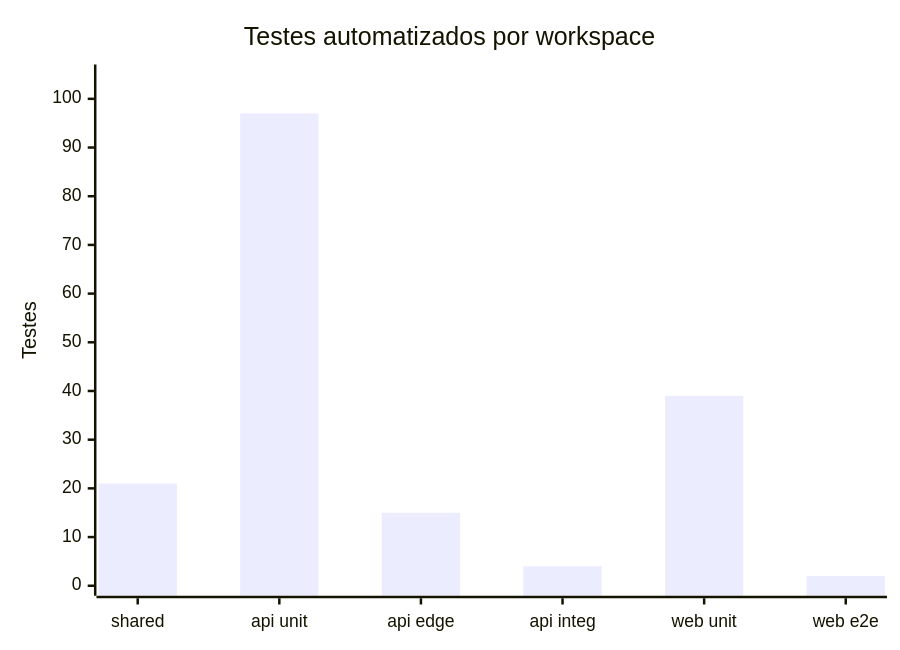
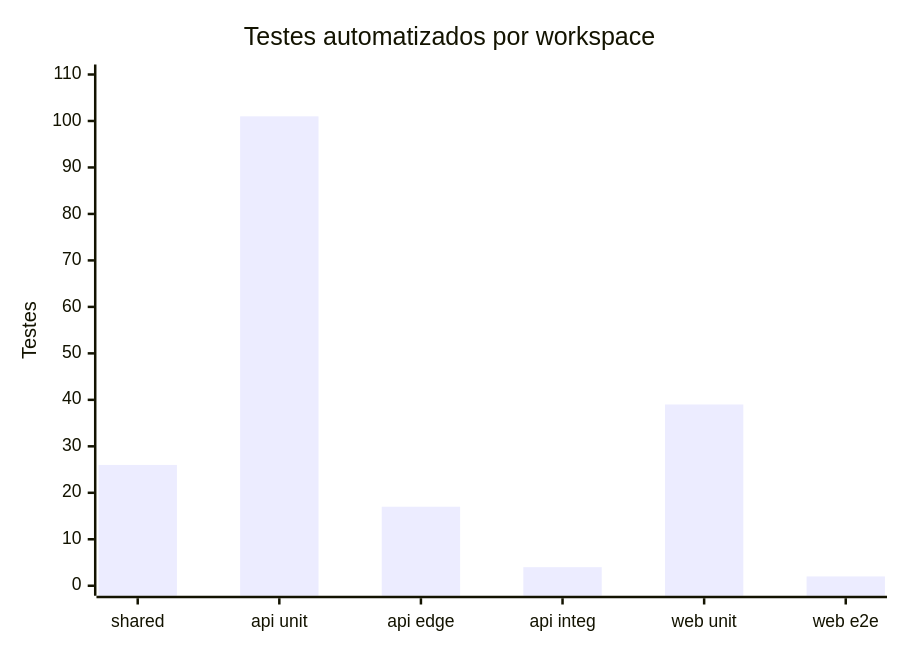
One commit to Digooow/pokedex-frontend changed the ninth of 12 diagrams in README.md. Above: the diagram before and after it, drawn with Mermaid. The commit also changed other lines of this file and 29 other files, not shown here.

````diff
--- a/README.md
+++ b/README.md
@@ -529,7 +532,7 @@
 ```mermaid
 xychart-beta
   title "Testes automatizados por workspace"
   x-axis ["shared", "api unit", "api edge", "api integ", "web unit", "web e2e"]
-  y-axis "Testes" 0 --> 105
-  bar [21, 97, 15, 4, 39, 2]
+  y-axis "Testes" 0 --> 110
+  bar [26, 101, 17, 4, 39, 2]
 ```
````
